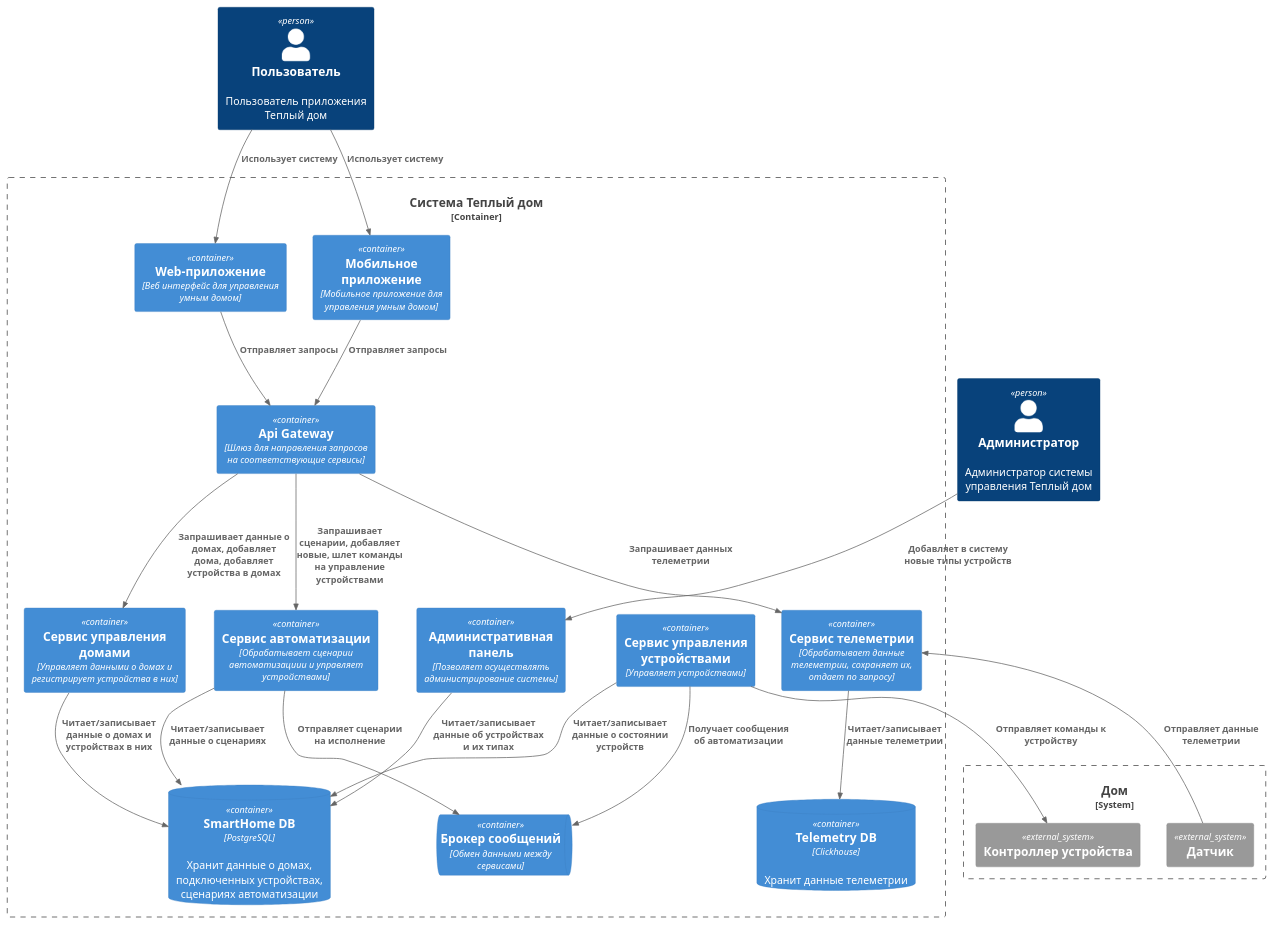
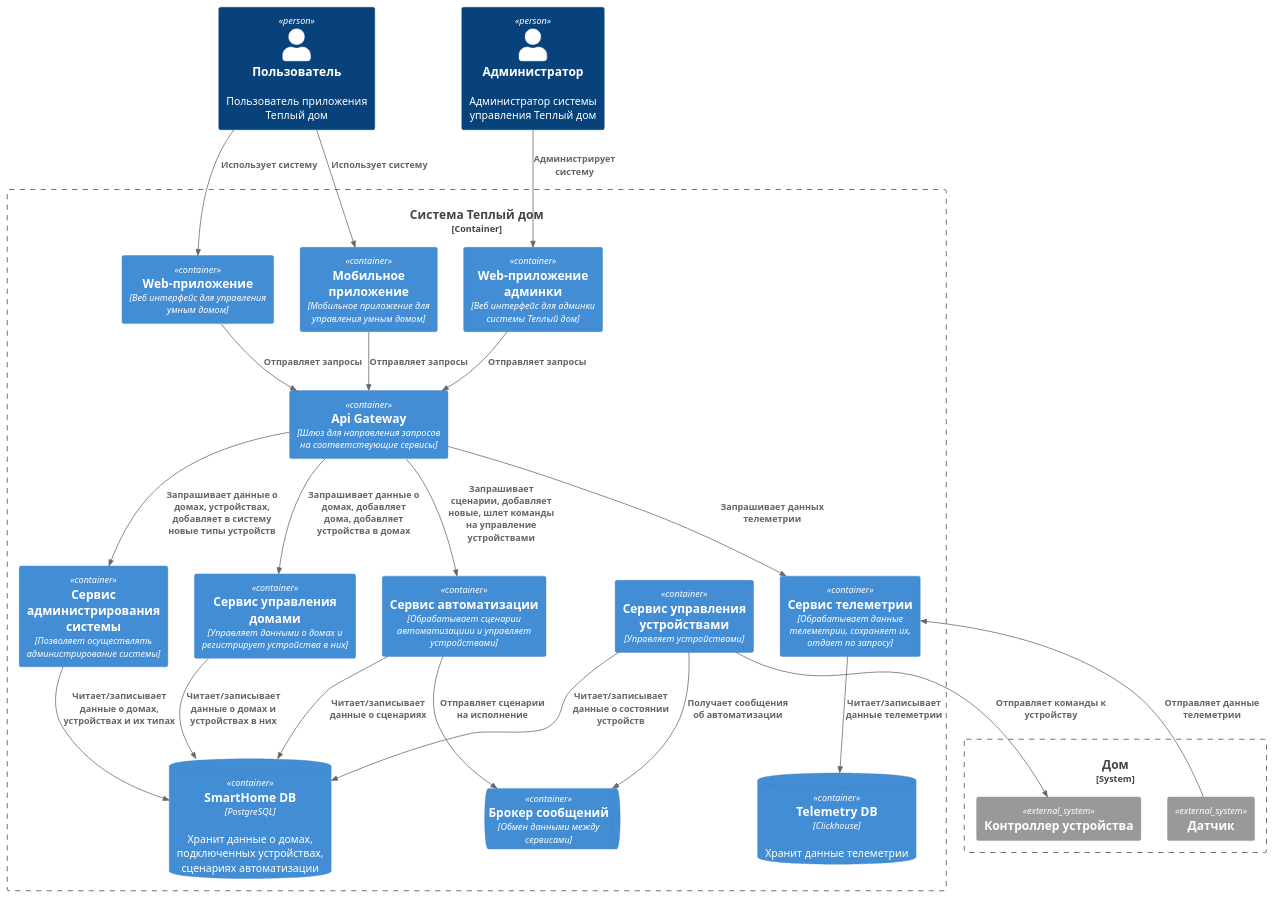
One commit to knautilus/architecture-warmhouse changed the diagram in diagrams/smart_home/ToBe_Container.puml. Above: the diagram before and after it, drawn with PlantUML. The commit also changed 6 other files, not shown here.

```diff
--- a/diagrams/smart_home/ToBe_Container.puml
+++ b/diagrams/smart_home/ToBe_Container.puml
@@ -1,45 +1,48 @@
 @startuml
 
 !include https://raw.githubusercontent.com/plantuml-stdlib/C4-PlantUML/master/C4_Container.puml
 
 Person(User, "Пользователь", "Пользователь приложения Теплый дом")
 Person(Admin, "Администратор", "Администратор системы управления Теплый дом")
 
 Container_Boundary(SmartHome, "Система Теплый дом") {
+    Container(AdminWebApp, "Web-приложение админки", "Веб интерфейс для админки системы Теплый дом")
     Container(WebApp, "Web-приложение", "Веб интерфейс для управления умным домом")
     Container(MobileApp, "Мобильное приложение", "Мобильное приложение для управления умным домом")
     Container(ApiGateway, "Api Gateway", "Шлюз для направления запросов на соответствующие сервисы")
-    Container(AdminPanel, "Административная панель", "Позволяет осуществлять администрирование системы")
+    Container(AdminPanel, "Сервис администрирования системы", "Позволяет осуществлять администрирование системы")
     Container(HomeManagement, "Сервис управления домами", "Управляет данными о домах и регистрирует устройства в них")
     Container(DeviceManagement, "Сервис управления устройствами", "Управляет устройствами")
     Container(AutomationService, "Сервис автоматизации", "Обрабатывает сценарии автоматизациии и управляет устройствами")
     Container(TelemetryService, "Сервис телеметрии", "Обрабатывает данные телеметрии, сохраняет их, отдает по запросу")
     ContainerDb(SmartHomeDb, "SmartHome DB", "PostgreSQL", "Хранит данные о домах, подключенных устройствах, сценариях автоматизации")
     ContainerDb(TelemetryDb, "Telemetry DB", "Clickhouse", "Хранит данные телеметрии")
     ContainerQueue(Queue, "Брокер сообщений", "Обмен данными между сервисами")
 }
 
 System_Boundary(House, "Дом") {
     System_Ext(Sensor, "Датчик")
     System_Ext(Device, "Контроллер устройства")
 }
 
-Rel(Admin, AdminPanel, "Добавляет в систему новые типы устройств")
+Rel(Admin, AdminWebApp, "Администрирует систему")
+Rel(AdminWebApp, ApiGateway, "Отправляет запросы")
 Rel(User, WebApp, "Использует систему")
 Rel(User, MobileApp, "Использует систему")
 Rel(WebApp, ApiGateway, "Отправляет запросы")
 Rel(MobileApp, ApiGateway, "Отправляет запросы")
+Rel(ApiGateway, AdminPanel, "Запрашивает данные о домах, устройствах, добавляет в систему новые типы устройств")
 Rel(ApiGateway, HomeManagement, "Запрашивает данные о домах, добавляет дома, добавляет устройства в домах")
 Rel(ApiGateway, AutomationService, "Запрашивает сценарии, добавляет новые, шлет команды на управление устройствами")
 Rel(ApiGateway, TelemetryService, "Запрашивает данных телеметрии")
-Rel(AdminPanel, SmartHomeDb, "Читает/записывает данные об устройствах и их типах")
+Rel(AdminPanel, SmartHomeDb, "Читает/записывает данные о домах, устройствах и их типах")
 Rel(HomeManagement, SmartHomeDb, "Читает/записывает данные о домах и устройствах в них")
 Rel(DeviceManagement, SmartHomeDb, "Читает/записывает данные о состоянии устройств")
 Rel(AutomationService, SmartHomeDb, "Читает/записывает данные о сценариях")
 Rel(TelemetryService, TelemetryDb, "Читает/записывает данные телеметрии")
 Rel(AutomationService, Queue, "Отправляет сценарии на исполнение")
 Rel(DeviceManagement, Queue, "Получает сообщения об автоматизации")
 Rel(Sensor, TelemetryService, "Отправляет данные телеметрии")
 Rel(DeviceManagement, Device, "Отправляет команды к устройству")
 
 @enduml
```
